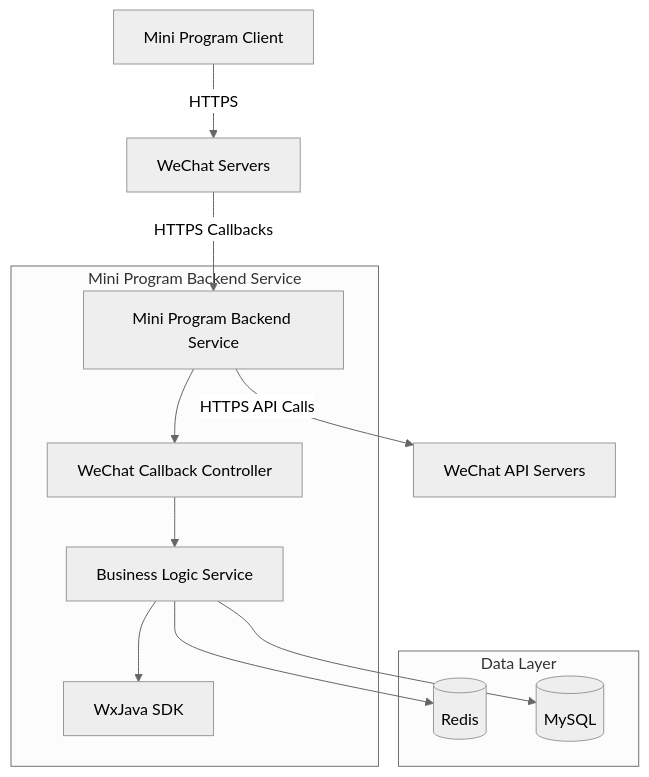
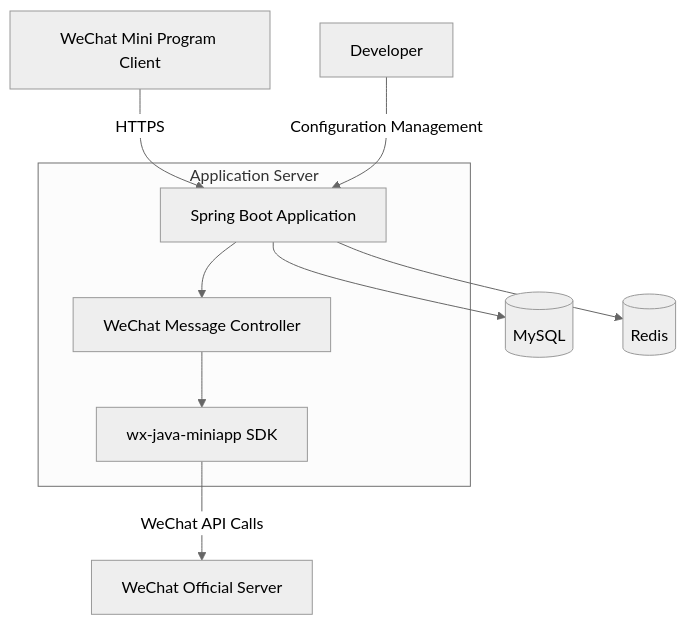
Before and after one commit to v-wjrong/binary_weixin-java-miniapp-demo: the diagram in docs/en/summary/system_architecture.md, drawn with Mermaid (neutral theme). The commit also changed other lines of this file and 50 other files, not shown here.

````diff
--- a/docs/en/summary/system_architecture.md
+++ b/docs/en/summary/system_architecture.md
@@ -104,17 +73,12 @@
 ```mermaid
 graph TD
-    WX[WeChat Servers] -- HTTPS Callbacks --> App[Mini Program Backend Service]
-    Mini[Mini Program Client] -- HTTPS --> WX
-    App -- HTTPS API Calls --> WXAPI[WeChat API Servers]
-    
-    subgraph Mini Program Backend Service
-        App --> Controller[WeChat Callback Controller]
-        Controller --> Service[Business Logic Service]
-        Service --> WxJava[WxJava SDK]
+    A[WeChat Mini Program Client] -- HTTPS --> B[Spring Boot Application]
+    subgraph Application Server
+        B --> C[WeChat Message Controller]
+        C --> D[wx-java-miniapp SDK]
     end
-    
-    subgraph Data Layer
-        Service --> Cache[(Redis)]
-        Service --> DB[(MySQL)]
-    end
+    D -- WeChat API Calls --> E[WeChat Official Server]
+    B --> F[(MySQL)]
+    B --> G[(Redis)]
+    H[Developer] -- Configuration Management --> B
 ```
````
